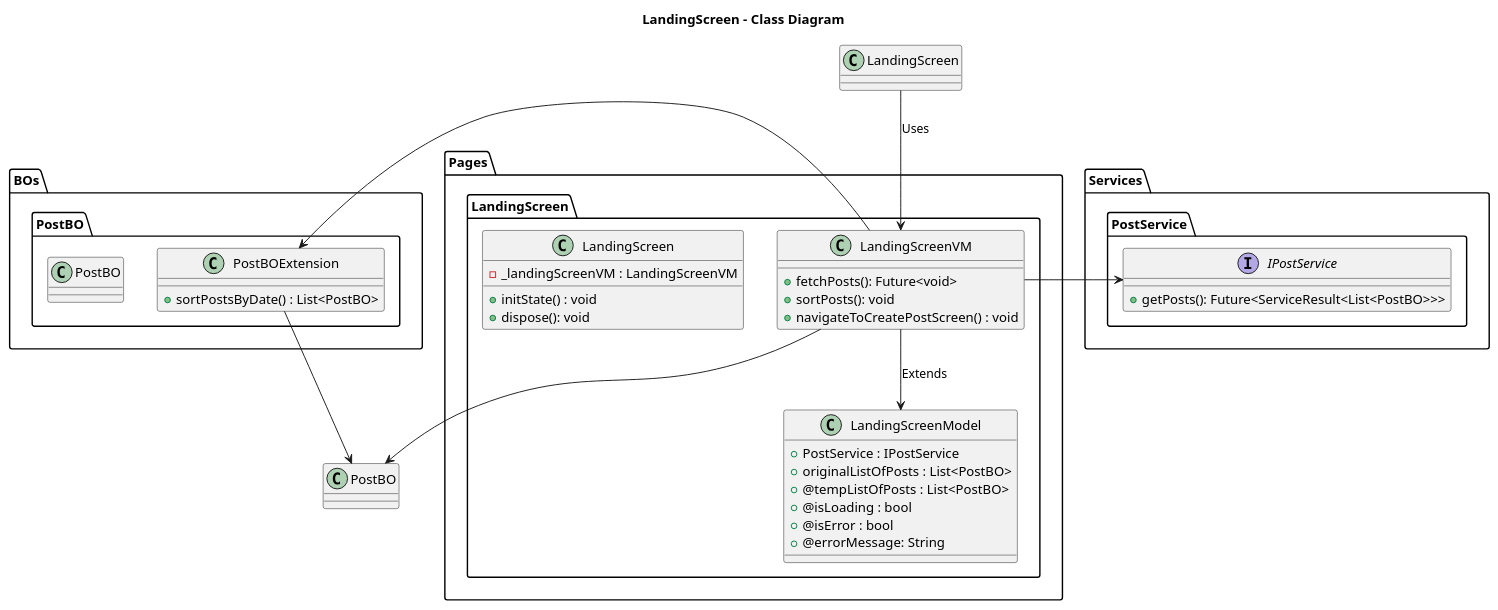
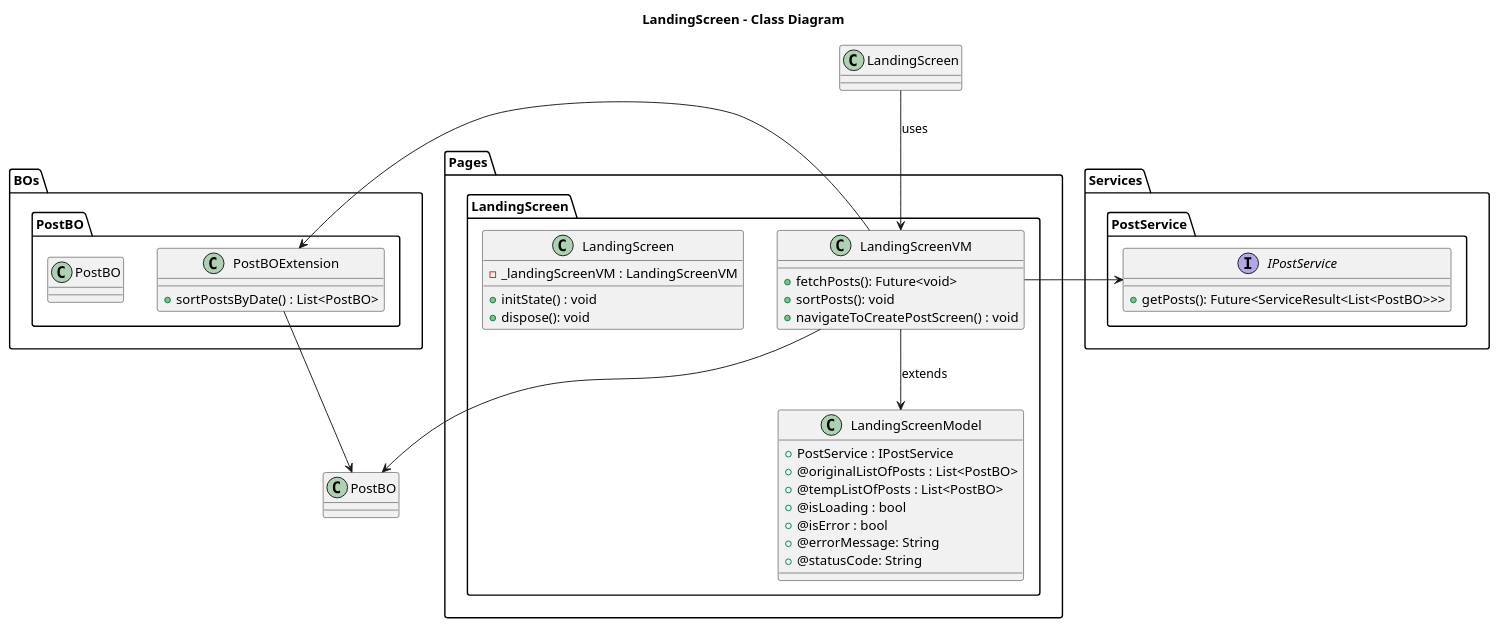
The diagram in lib/Pages/LandingScreen/Design/LandingScreen-Class.puml (ThirumuruganArumugam/social_media), drawn with PlantUML before and after one commit. The commit also changed 34 other files, not shown here.

Commit message:
Sequence update

```diff
--- a/lib/Pages/LandingScreen/Design/LandingScreen-Class.puml
+++ b/lib/Pages/LandingScreen/Design/LandingScreen-Class.puml
@@ -1,52 +1,53 @@
 @startuml LandingScreen - Class
 
 title **LandingScreen - Class Diagram**
 
 package Pages{
     package LandingScreen{
         class LandingScreenModel{
             + PostService : IPostService
-            + originalListOfPosts : List<PostBO>
+            + @originalListOfPosts : List<PostBO>
             + @tempListOfPosts : List<PostBO>
             + @isLoading : bool
             + @isError : bool
             + @errorMessage: String
+            + @statusCode: String
         }
         class LandingScreenVM{
             + fetchPosts(): Future<void>
             + sortPosts(): void
             + navigateToCreatePostScreen() : void
         }
         class LandingScreen{
             - _landingScreenVM : LandingScreenVM
             + initState() : void
             + dispose(): void
         }
     }
 }
 
 package BOs{
     package PostBO{
         class PostBO{
         }
         class PostBOExtension{
             + sortPostsByDate() : List<PostBO>
         }
     }
 }
 
 package Services{
     package PostService{
         interface IPostService{
             + getPosts(): Future<ServiceResult<List<PostBO>>>
         }
     }
 }
 
-LandingScreenVM --> LandingScreenModel : Extends
-LandingScreen --> LandingScreenVM: Uses
+LandingScreenVM --> LandingScreenModel : extends
+LandingScreen --> LandingScreenVM : uses
 LandingScreenVM --> PostBO
 PostBOExtension --> PostBO
 LandingScreenVM -> PostBOExtension
 LandingScreenVM -> IPostService
 @enduml
```
